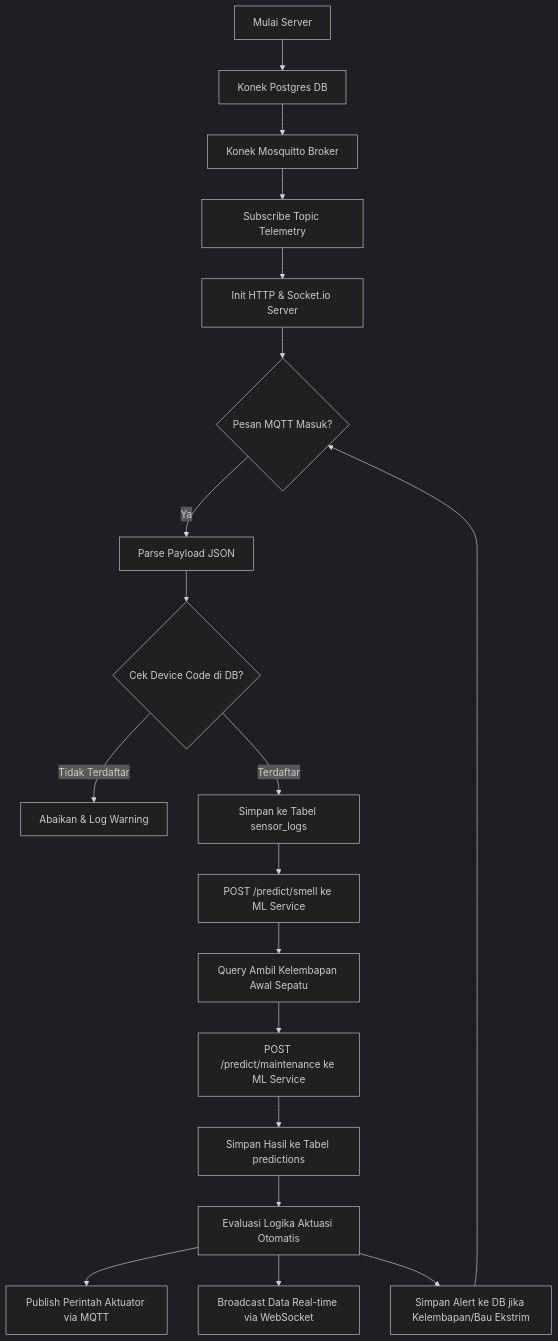
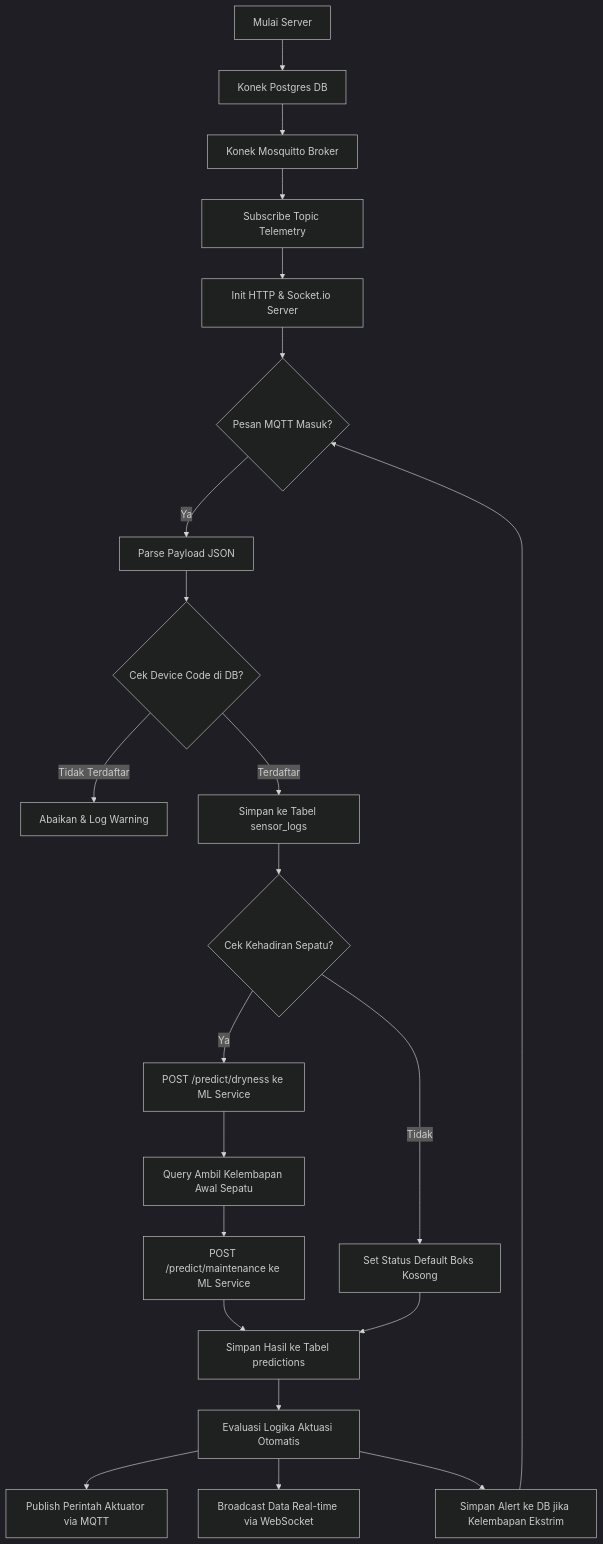
One commit to madgeer/smart-shoes-maintenance changed the third of 6 diagrams in README.md. Above: the diagram before and after it, drawn with Mermaid (dark theme). The commit also changed other lines of this file and 9 other files, not shown here.

Commit message:
Refactor ML model predictions; update from K-Means and Linear Regression to Decision Tree Classifier and Heuristic Estimator for shoe dryness and drying time estimation

````diff
--- a/README.md
+++ b/README.md
@@ -137,25 +151,29 @@
 ```mermaid
 graph TD
     A[Mulai Server] --> B[Konek Postgres DB]
     B --> C[Konek Mosquitto Broker]
     C --> D[Subscribe Topic Telemetry]
     D --> E[Init HTTP & Socket.io Server]
     
     E --> F{Pesan MQTT Masuk?}
     F -->|Ya| G[Parse Payload JSON]
     G --> H{Cek Device Code di DB?}
     H -->|Tidak Terdaftar| I[Abaikan & Log Warning]
     H -->|Terdaftar| J[Simpan ke Tabel sensor_logs]
     
-    J --> K[POST /predict/smell ke ML Service]
-    K --> L[Query Ambil Kelembapan Awal Sepatu]
-    L --> M[POST /predict/maintenance ke ML Service]
-    M --> N[Simpan Hasil ke Tabel predictions]
+    J --> K{Cek Kehadiran Sepatu?}
+    K -->|Ya| L[POST /predict/dryness ke ML Service]
+    L --> M[Query Ambil Kelembapan Awal Sepatu]
+    M --> N[POST /predict/maintenance ke ML Service]
+    N --> O[Simpan Hasil ke Tabel predictions]
     
-    N --> O[Evaluasi Logika Aktuasi Otomatis]
-    O --> P[Publish Perintah Aktuator via MQTT]
-    O --> Q[Broadcast Data Real-time via WebSocket]
-    O --> R[Simpan Alert ke DB jika Kelembapan/Bau Ekstrim]
+    K -->|Tidak| P[Set Status Default Boks Kosong]
+    P --> O
     
-    R --> F
+    O --> Q[Evaluasi Logika Aktuasi Otomatis]
+    Q --> R[Publish Perintah Aktuator via MQTT]
+    Q --> S[Broadcast Data Real-time via WebSocket]
+    Q --> T[Simpan Alert ke DB jika Kelembapan Ekstrim]
+    
+    T --> F
 ```
````
